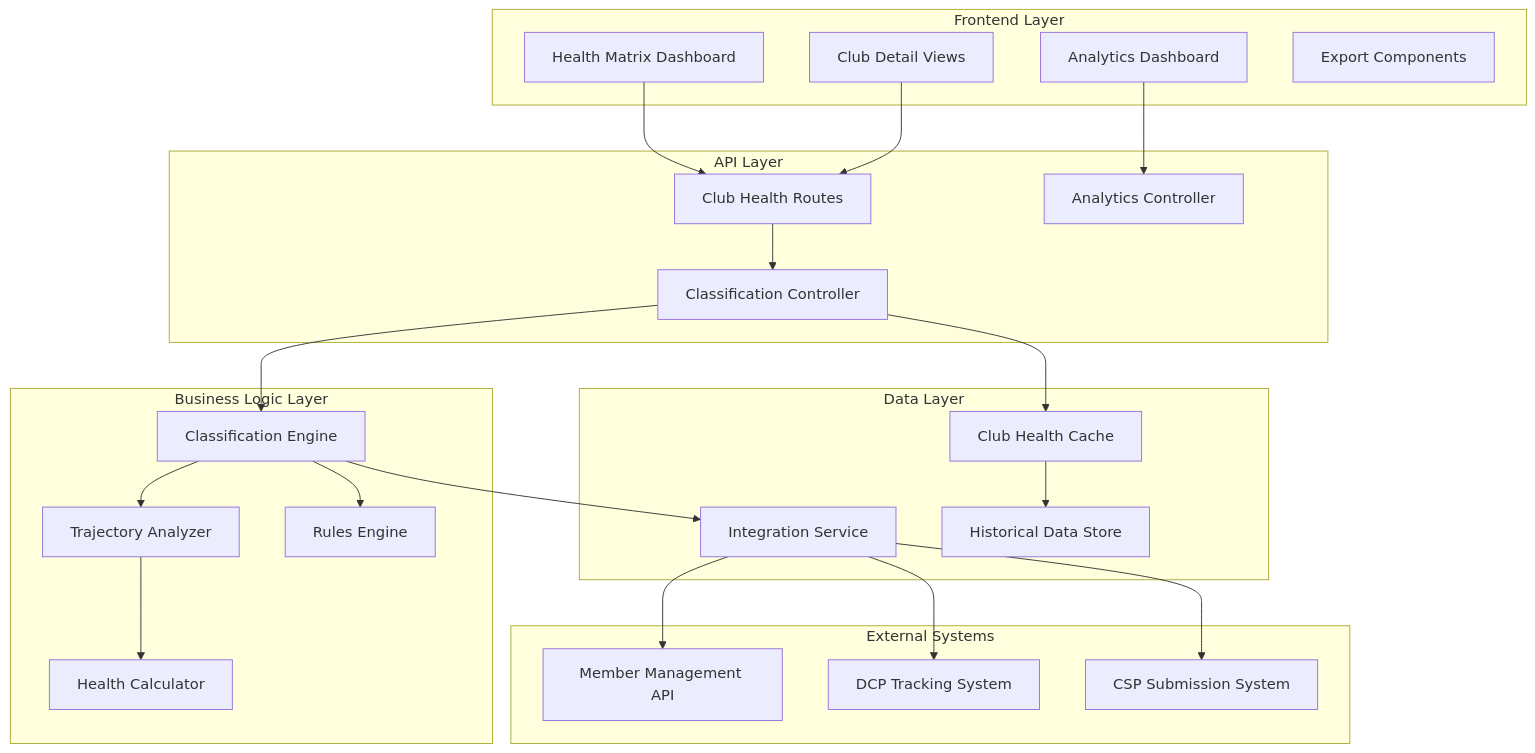
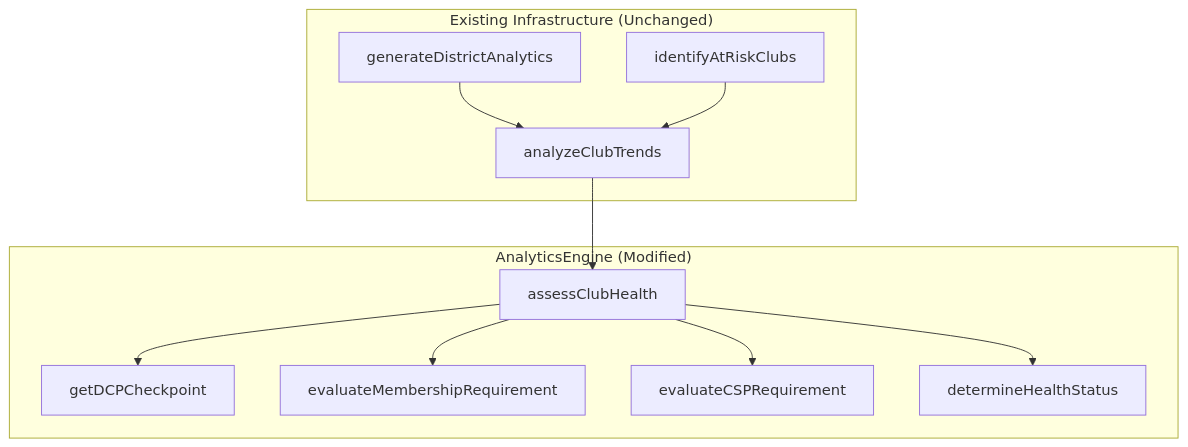
Before and after one commit to rservant/toast-stats: the diagram in .kiro/specs/club-health-classification/design.md, drawn with Mermaid. The commit also changed other lines of this file and 20 other files, not shown here.

First line of the commit message:
Archive completed specs and revise club-health-classification

````diff
--- a/.kiro/specs/club-health-classification/design.md
+++ b/.kiro/specs/club-health-classification/design.md
@@ -13,49 +13,19 @@
 ```mermaid
 graph TB
-    subgraph "Frontend Layer"
-        A[Health Matrix Dashboard]
-        B[Club Detail Views]
-        C[Analytics Dashboard]
-        D[Export Components]
+    subgraph "AnalyticsEngine (Modified)"
+        A[assessClubHealth] --> B[getDCPCheckpoint]
+        A --> C[evaluateMembershipRequirement]
+        A --> D[evaluateCSPRequirement]
+        A --> E[determineHealthStatus]
     end
-
-    subgraph "API Layer"
-        E[Club Health Routes]
-        F[Classification Controller]
-        G[Analytics Controller]
+    
+    subgraph "Existing Infrastructure (Unchanged)"
+        F[analyzeClubTrends]
+        G[generateDistrictAnalytics]
+        H[identifyAtRiskClubs]
     end
-
-    subgraph "Business Logic Layer"
-        H[Classification Engine]
-        I[Trajectory Analyzer]
-        J[Rules Engine]
-        K[Health Calculator]
-    end
-
-    subgraph "Data Layer"
-        L[Club Health Cache]
-        M[Historical Data Store]
-        N[Integration Service]
-    end
-
-    subgraph "External Systems"
-        O[Member Management API]
-        P[DCP Tracking System]
-        Q[CSP Submission System]
-    end
-
-    A --> E
-    B --> E
-    C --> G
-    E --> F
-    F --> H
-    H --> I
-    H --> J
-    I --> K
-    F --> L
-    L --> M
-    N --> O
-    N --> P
-    N --> Q
-    H --> N
+    
+    F --> A
+    G --> F
+    H --> F
 ```
````
